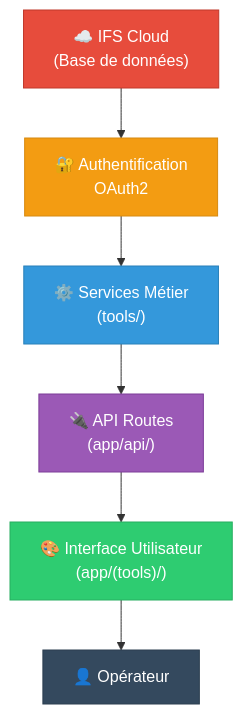
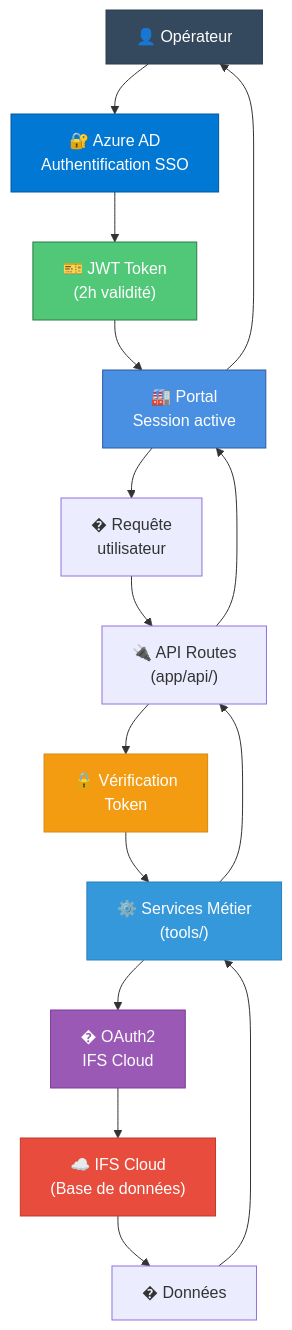
The fourth of 16 diagrams in docs/DOCUMENTATION_BUSINESS.md (morepudding/manufacturingPortal), drawn with Mermaid before and after one commit. The commit also changed other lines of this file and 35 other files, not shown here.

````diff
--- a/docs/DOCUMENTATION_BUSINESS.md
+++ b/docs/DOCUMENTATION_BUSINESS.md
@@ -157,17 +159,28 @@
 ```mermaid
 flowchart TD
-    IFS["☁️ IFS Cloud<br/>(Base de données)"]
+    User["👤 Opérateur"] --> Login["🔐 Azure AD<br/>Authentification SSO"]
+    Login --> Token["🎫 JWT Token<br/>(2h validité)"]
+    Token --> Portal["🏭 Portal<br/>Session active"]
     
-    IFS --> Auth["🔐 Authentification<br/>OAuth2"]
+    Portal --> Request["� Requête<br/>utilisateur"]
+    Request --> API["🔌 API Routes<br/>(app/api/)"]
+    API --> Auth["🔒 Vérification<br/>Token"]
     Auth --> Services["⚙️ Services Métier<br/>(tools/)"]
-    Services --> API["🔌 API Routes<br/>(app/api/)"]
-    API --> UI["🎨 Interface Utilisateur<br/>(app/(tools)/)"]
-    UI --> User["👤 Opérateur"]
+    Services --> IFSAuth["� OAuth2<br/>IFS Cloud"]
+    IFSAuth --> IFS["☁️ IFS Cloud<br/>(Base de données)"]
     
-    style IFS fill:#e74c3c,stroke:#c0392b,color:#fff
+    IFS --> Response["� Données"]
+    Response --> Services
+    Services --> API
+    API --> Portal
+    Portal --> User
+    
+    style User fill:#34495e,stroke:#2c3e50,color:#fff
+    style Login fill:#0078d4,stroke:#005a9e,color:#fff
+    style Token fill:#50c878,stroke:#2d7a4a,color:#fff
+    style Portal fill:#4a90e2,stroke:#2c5aa0,color:#fff
     style Auth fill:#f39c12,stroke:#d68910,color:#fff
     style Services fill:#3498db,stroke:#2980b9,color:#fff
-    style API fill:#9b59b6,stroke:#7d3c98,color:#fff
-    style UI fill:#2ecc71,stroke:#27ae60,color:#fff
-    style User fill:#34495e,stroke:#2c3e50,color:#fff
+    style IFSAuth fill:#9b59b6,stroke:#7d3c98,color:#fff
+    style IFS fill:#e74c3c,stroke:#c0392b,color:#fff
 ```
````
